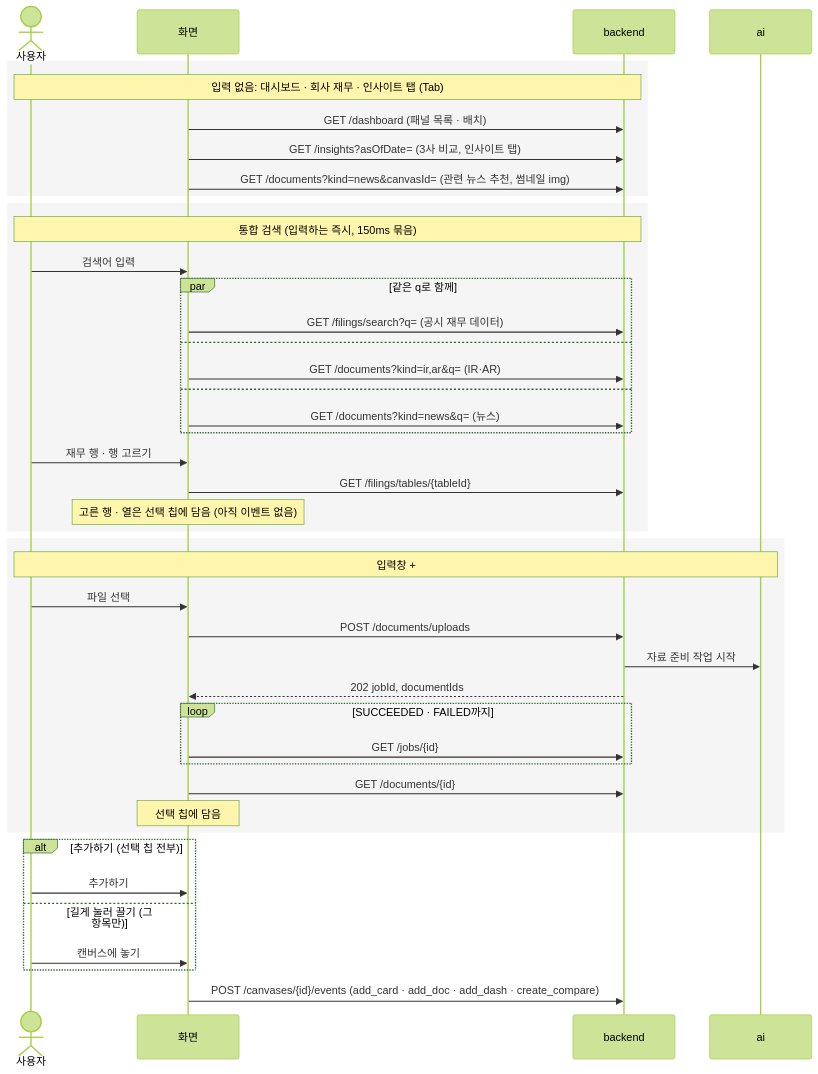
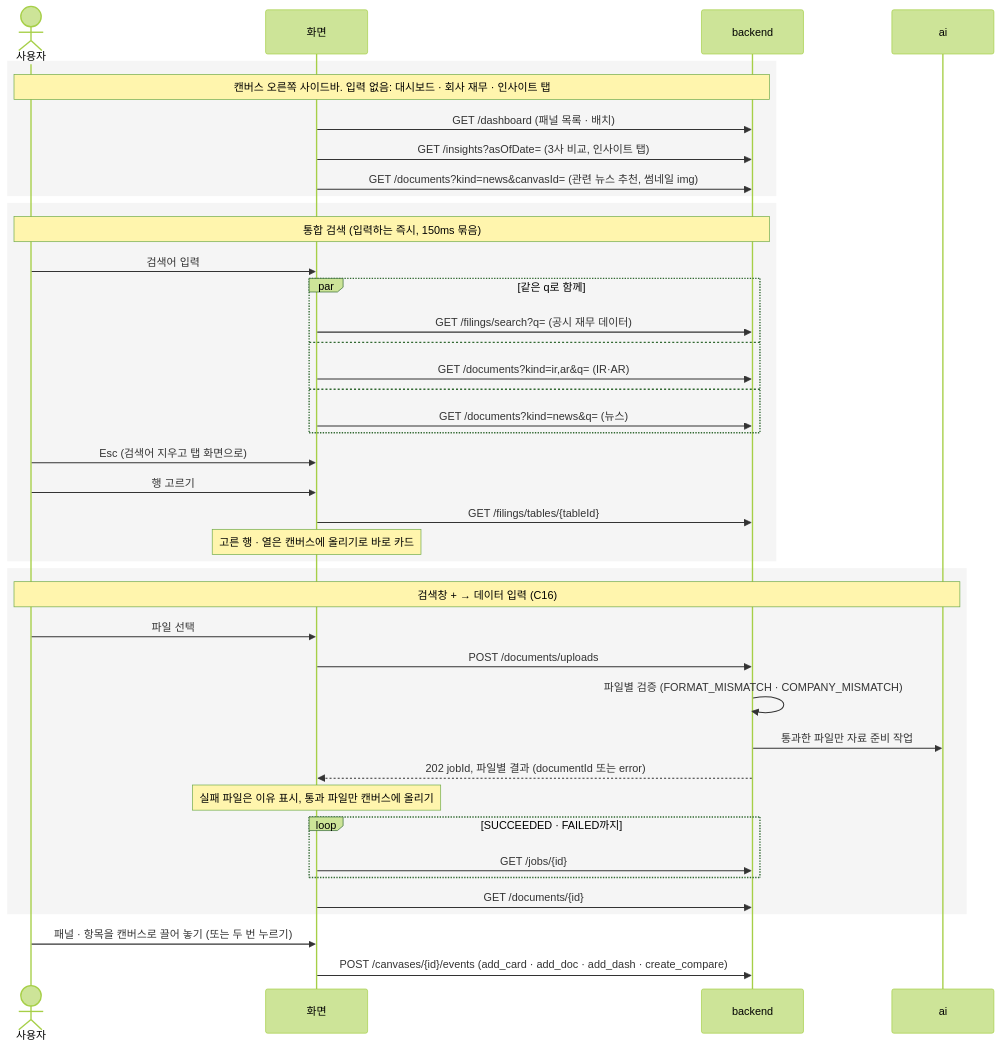
The fifth of 7 diagrams in docs/frontend/api-diagram.md (vamos-team/telescope), drawn with Mermaid (forest theme) before and after one commit. The commit also changed other lines of this file and 8 other files, not shown here.

````diff
--- a/docs/frontend/api-diagram.md
+++ b/docs/frontend/api-diagram.md
@@ -130,49 +130,47 @@
 ```mermaid
 sequenceDiagram
   actor U as 사용자
   participant F as 화면
   participant B as backend
   participant A as ai
 
   rect rgba(128,128,128,0.08)
-  Note over U,B: 입력 없음: 대시보드 · 회사 재무 · 인사이트 탭 (Tab)
+  Note over U,B: 캔버스 오른쪽 사이드바. 입력 없음: 대시보드 · 회사 재무 · 인사이트 탭
   F->>B: GET /dashboard (패널 목록 · 배치)
   F->>B: GET /insights?asOfDate= (3사 비교, 인사이트 탭)
   F->>B: GET /documents?kind=news&canvasId= (관련 뉴스 추천, 썸네일 img)
   end
 
   rect rgba(128,128,128,0.08)
   Note over U,B: 통합 검색 (입력하는 즉시, 150ms 묶음)
   U->>F: 검색어 입력
   par 같은 q로 함께
     F->>B: GET /filings/search?q= (공시 재무 데이터)
   and
     F->>B: GET /documents?kind=ir,ar&q= (IR·AR)
   and
     F->>B: GET /documents?kind=news&q= (뉴스)
   end
-  U->>F: 재무 행 · 행 고르기
+  U->>F: Esc (검색어 지우고 탭 화면으로)
+  U->>F: 행 고르기
   F->>B: GET /filings/tables/{tableId}
-  Note over F: 고른 행 · 열은 선택 칩에 담음 (아직 이벤트 없음)
+  Note over F: 고른 행 · 열은 캔버스에 올리기로 바로 카드
   end
 
   rect rgba(128,128,128,0.08)
-  Note over U,A: 입력창 +
+  Note over U,A: 검색창 + → 데이터 입력 (C16)
   U->>F: 파일 선택
   F->>B: POST /documents/uploads
-  B->>A: 자료 준비 작업 시작
-  B-->>F: 202 jobId, documentIds
+  B->>B: 파일별 검증 (FORMAT_MISMATCH · COMPANY_MISMATCH)
+  B->>A: 통과한 파일만 자료 준비 작업
+  B-->>F: 202 jobId, 파일별 결과 (documentId 또는 error)
+  Note over F: 실패 파일은 이유 표시, 통과 파일만 캔버스에 올리기
   loop SUCCEEDED · FAILED까지
     F->>B: GET /jobs/{id}
   end
   F->>B: GET /documents/{id}
-  Note over F: 선택 칩에 담음
   end
 
-  alt 추가하기 (선택 칩 전부)
-    U->>F: 추가하기
-  else 길게 눌러 끌기 (그 항목만)
-    U->>F: 캔버스에 놓기
-  end
+  U->>F: 패널 · 항목을 캔버스로 끌어 놓기 (또는 두 번 누르기)
   F->>B: POST /canvases/{id}/events (add_card · add_doc · add_dash · create_compare)
 ```
````
